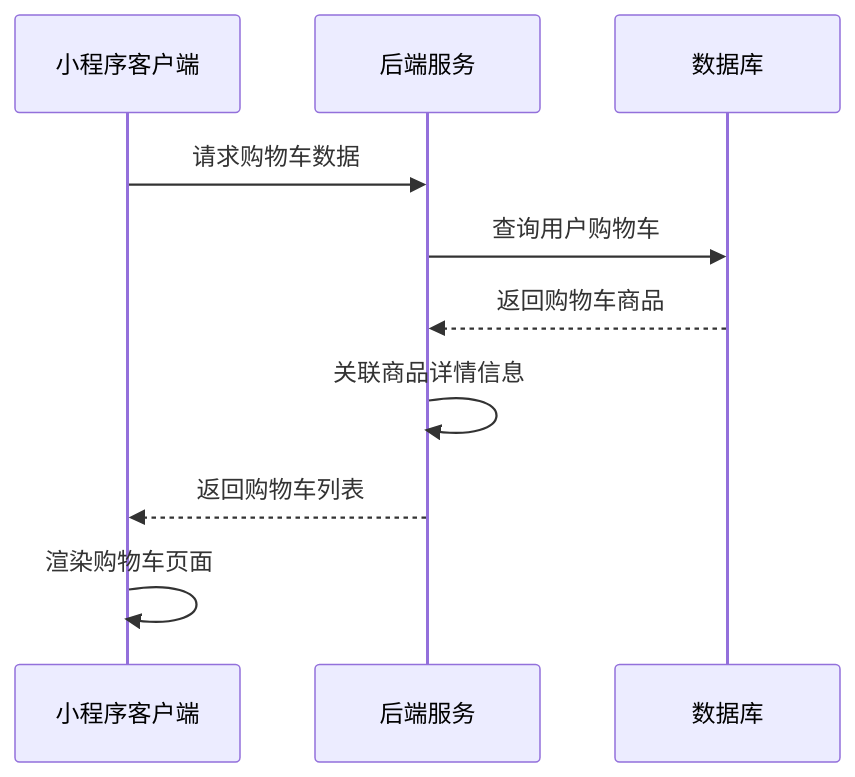
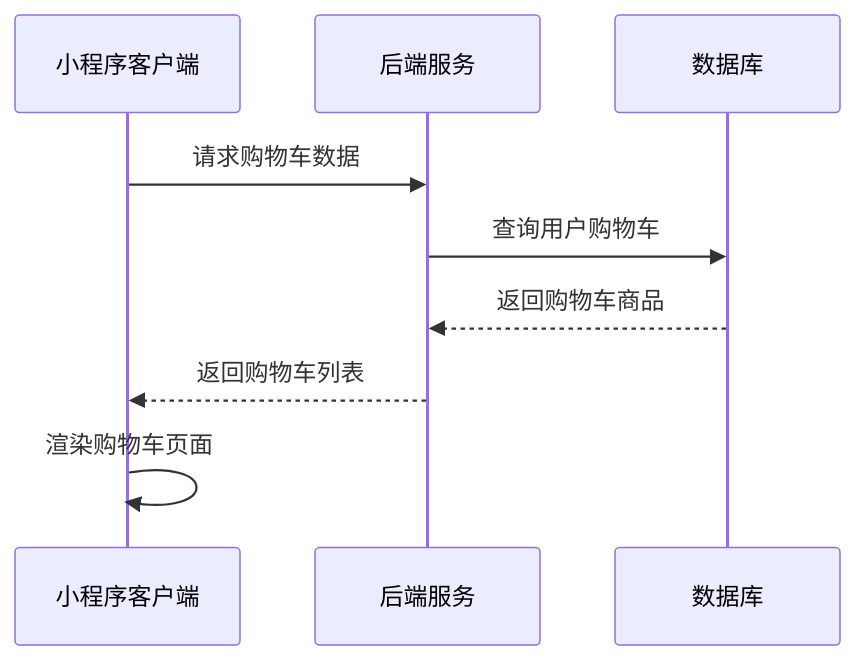
Before and after one commit to Childho/V4: the first of 8 diagrams in api-docs/cart.md, drawn with Mermaid. The commit also changed other lines of this file and 21 other files, not shown here.

````diff
--- a/api-docs/cart.md
+++ b/api-docs/cart.md
@@ -13,12 +13,11 @@
 ```mermaid
 sequenceDiagram
     participant Client as 小程序客户端
     participant Server as 后端服务
     participant DB as 数据库
     Client->>Server: 请求购物车数据
     Server->>DB: 查询用户购物车
     DB-->>Server: 返回购物车商品
-    Server->>Server: 关联商品详情信息
     Server-->>Client: 返回购物车列表
     Client->>Client: 渲染购物车页面
 ```
````
